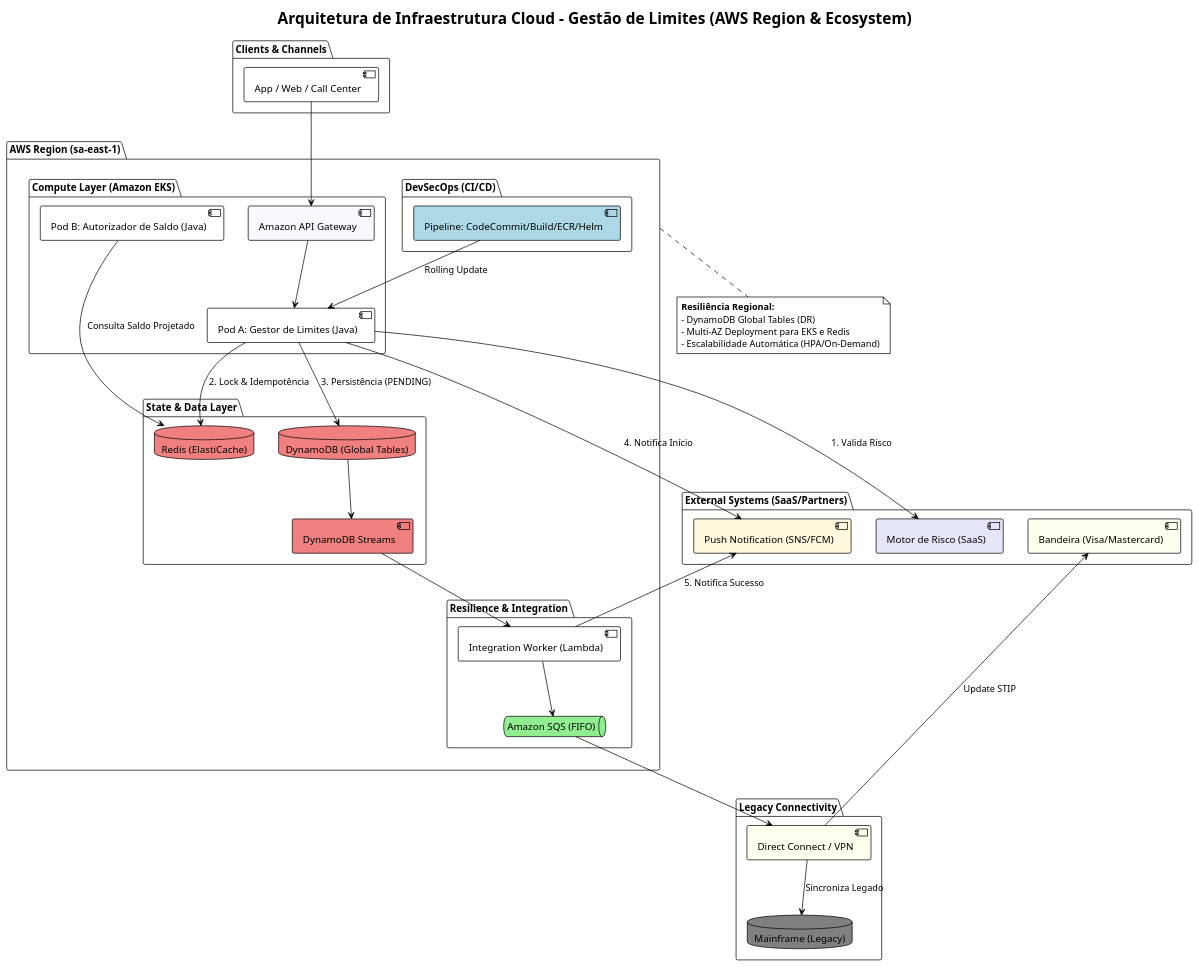
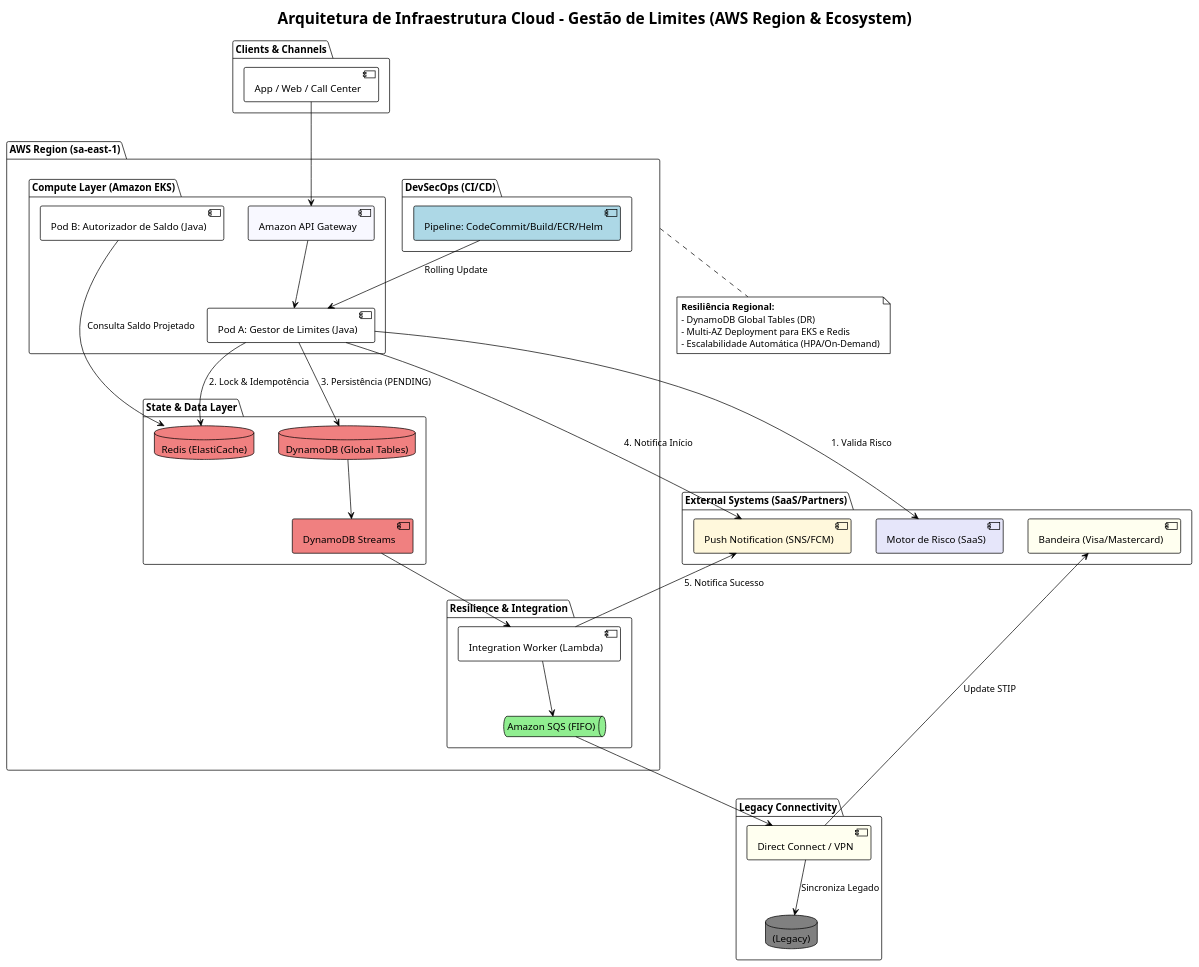
Before and after one commit to fabriziorodrigues01/desenhoArquiteturaSolucao: the diagram in diagramasPlantUml/diagrama infra.plantuml, drawn with PlantUML. The commit also changed 1 other file, not shown here.

```diff
--- a/diagramasPlantUml/diagrama infra.plantuml
+++ b/diagramasPlantUml/diagrama infra.plantuml
@@ -1,81 +1,81 @@
 @startuml
 !theme plain
 skinparam componentStyle uml2
 title Arquitetura de Infraestrutura Cloud - Gestão de Limites (AWS Region & Ecosystem)
 
 package "Clients & Channels" {
     [App / Web / Call Center] as channels #White
 }
 
 package "External Systems (SaaS/Partners)" {
     [Motor de Risco (SaaS)] as risk #Lavender
     [Push Notification (SNS/FCM)] as push #Cornsilk
     [Bandeira (Visa/Mastercard)] as card_brand #Ivory
 }
 
 package "AWS Region (sa-east-1)" {
 
     package "DevSecOps (CI/CD)" {
         [Pipeline: CodeCommit/Build/ECR/Helm] as pipeline #LightBlue
     }
 
     package "Compute Layer (Amazon EKS)" {
         [Amazon API Gateway] as apigw #GhostWhite
         [Pod A: Gestor de Limites (Java)] as limit_svc #White
         [Pod B: Autorizador de Saldo (Java)] as auth_svc #White
     }
 
     package "State & Data Layer" {
         database "Redis (ElastiCache)" as redis #LightCoral
         database "DynamoDB (Global Tables)" as dynamo #LightCoral
         [DynamoDB Streams] as streams #LightCoral
     }
 
     package "Resilience & Integration" {
         queue "Amazon SQS (FIFO)" as sqs #LightGreen
         [Integration Worker (Lambda)] as worker #White
     }
 }
 
 package "Legacy Connectivity" {
     [Direct Connect / VPN] as dx #Ivory
-    database "Mainframe (Legacy)" as mainframe #Grey
+    database "(Legacy)" as mainframe #Grey
 }
 
 ' Fluxo CI/CD
 pipeline -down-> limit_svc : "Rolling Update"
 
 ' Fluxo Principal (Canais)
 channels -down-> apigw
 apigw -down-> limit_svc
 
 ' Validações Externas (Síncronas)
 limit_svc -right-> risk : "1. Valida Risco"
 limit_svc -left-> push : "4. Notifica Início"
 
 ' Lógica de Dados
 limit_svc -down-> redis : "2. Lock & Idempotência"
 limit_svc -down-> dynamo : "3. Persistência (PENDING)"
 
 ' Sincronismo Assíncrono
 dynamo -down-> streams
 streams -down-> worker
 worker -down-> sqs
 sqs -down-> dx
 
 ' Destinos Finais (Legado e Bandeira)
 dx -down-> mainframe : "Sincroniza Legado"
 dx -down-> card_brand : "Update STIP"
 worker -up-> push : "5. Notifica Sucesso"
 
 ' Autorização
 auth_svc -up-> redis : "Consulta Saldo Projetado"
 
 note bottom of "AWS Region (sa-east-1)"
   **Resiliência Regional:**
   - DynamoDB Global Tables (DR)
   - Multi-AZ Deployment para EKS e Redis
   - Escalabilidade Automática (HPA/On-Demand)
 end note
 
 @enduml
```
